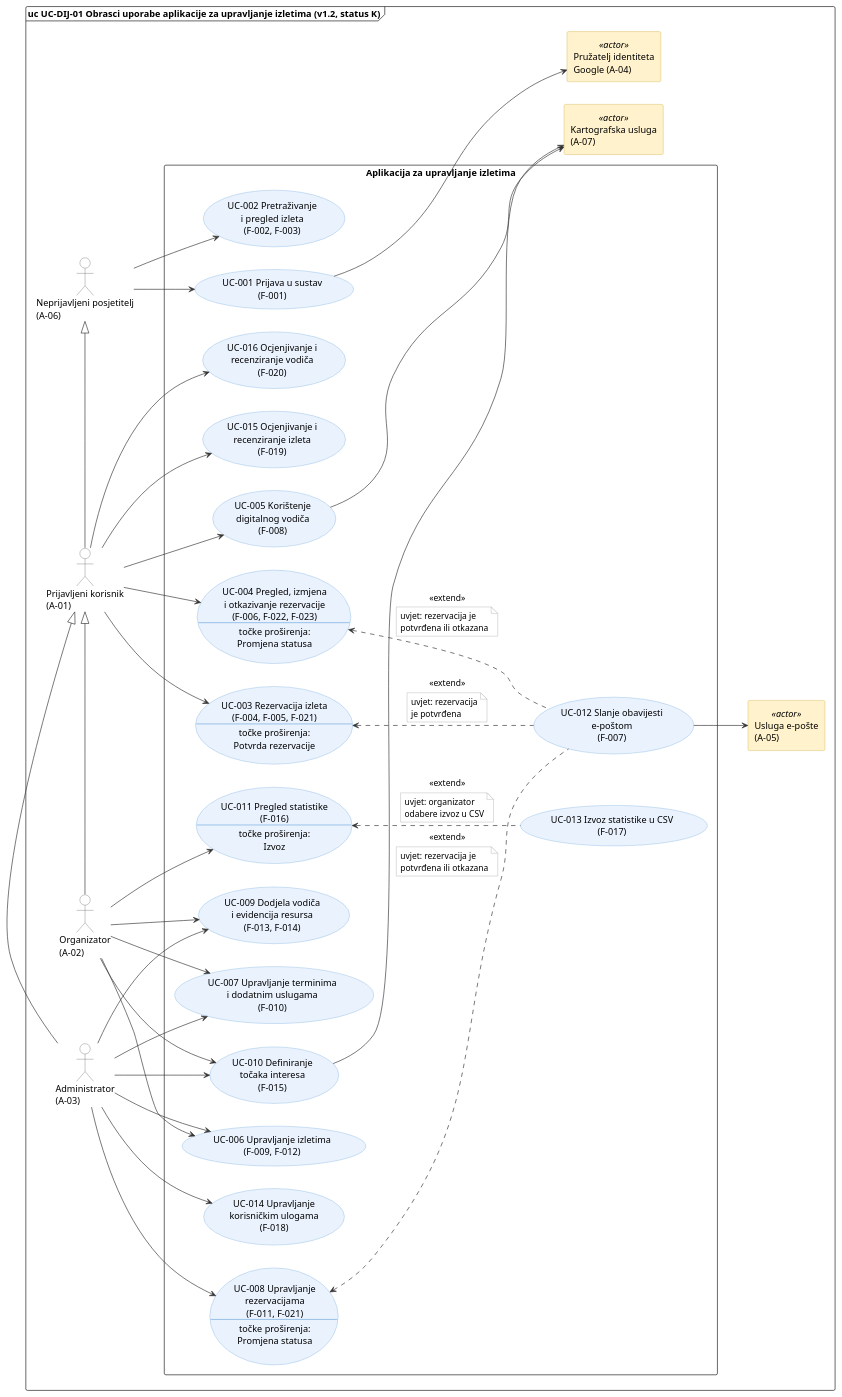
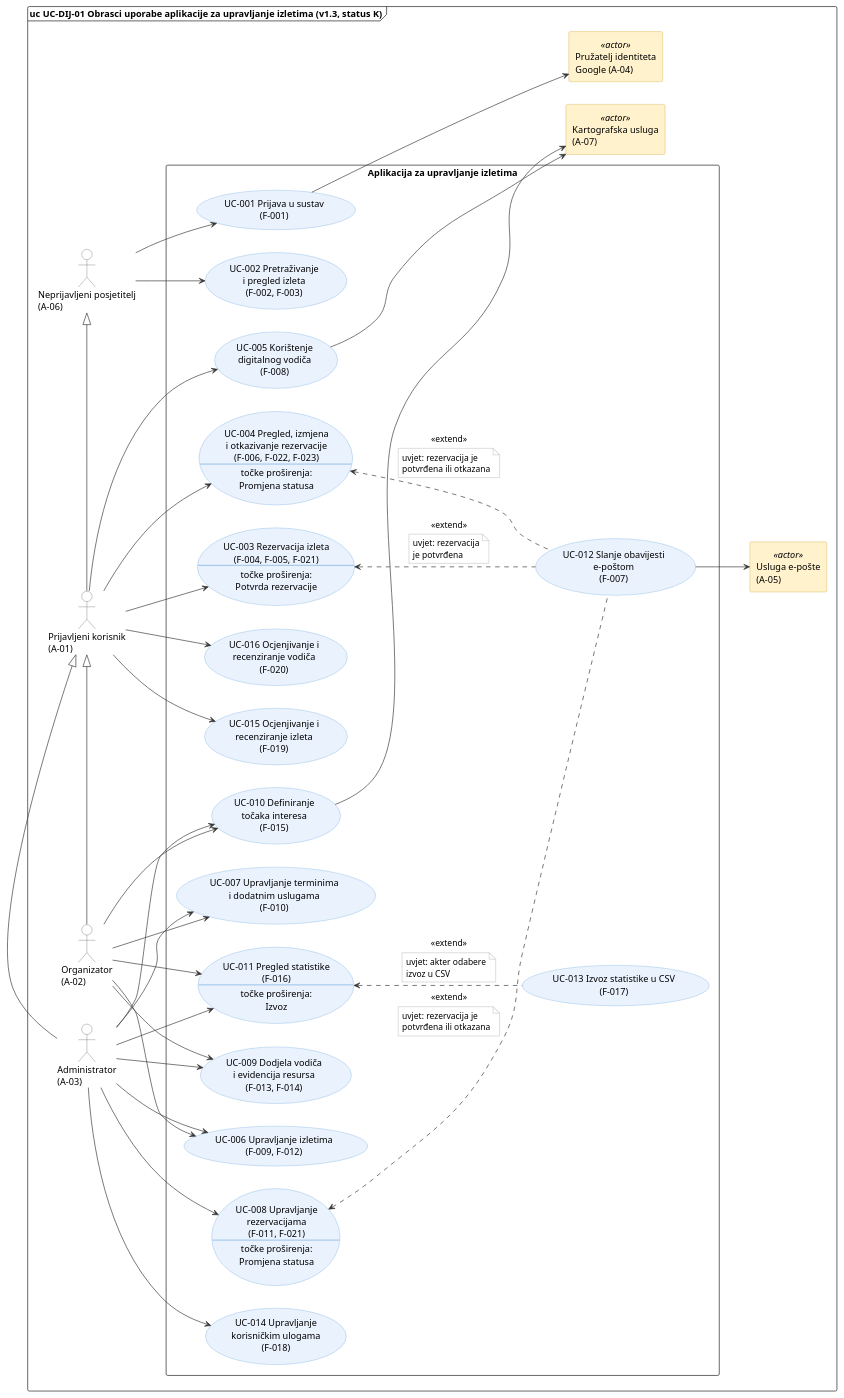
The diagram in docs/puml/3-1-sustav-UC.puml (ivan-domljanovic/proinz-G11-3), drawn with PlantUML before and after one commit.

Commit message:
Ispravljen dijagram zbog administratora i organizatora

```diff
--- a/docs/puml/3-1-sustav-UC.puml
+++ b/docs/puml/3-1-sustav-UC.puml
@@ -1,130 +1,131 @@
 @startuml 3-1-sustav-UC
 left to right direction
 skinparam shadowing false
 skinparam packageStyle rectangle
 skinparam ArrowColor #333333
 skinparam usecase {
   BackgroundColor #EAF2FD
   BorderColor #6FA8DC
 }
 skinparam actor {
   BackgroundColor #FFFFFF
   BorderColor #555555
 }
 skinparam rectangle<<actor>> {
   BackgroundColor #FFF2CC
   BorderColor #C9A227
 }
 skinparam note {
   BackgroundColor #FFFFFF
   BorderColor #999999
 }
 
-frame "uc UC-DIJ-01 Obrasci uporabe aplikacije za upravljanje izletima (v1.2, status K)" {
+frame "uc UC-DIJ-01 Obrasci uporabe aplikacije za upravljanje izletima (v1.3, status K)" {
 
 ' ===== Primarni akteri (lijevo) =====
 actor "Neprijavljeni posjetitelj\n(A-06)" as P
 actor "Prijavljeni korisnik\n(A-01)" as K
 actor "Organizator\n(A-02)" as O
 actor "Administrator\n(A-03)" as A
 
 ' ===== Granica sustava =====
 rectangle "Aplikacija za upravljanje izletima" {
   usecase "UC-001 Prijava u sustav\n(F-001)" as UC1
   usecase "UC-002 Pretraživanje\ni pregled izleta\n(F-002, F-003)" as UC2
   usecase UC3 as "UC-003 Rezervacija izleta
 (F-004, F-005, F-021)
 --
 točke proširenja:
 Potvrda rezervacije"
   usecase UC4 as "UC-004 Pregled, izmjena
 i otkazivanje rezervacije
 (F-006, F-022, F-023)
 --
 točke proširenja:
 Promjena statusa"
   usecase "UC-005 Korištenje\ndigitalnog vodiča\n(F-008)" as UC5
   usecase "UC-015 Ocjenjivanje i\nrecenziranje izleta\n(F-019)" as UC15
   usecase "UC-016 Ocjenjivanje i\nrecenziranje vodiča\n(F-020)" as UC16
   usecase "UC-006 Upravljanje izletima\n(F-009, F-012)" as UC6
   usecase "UC-007 Upravljanje terminima\ni dodatnim uslugama\n(F-010)" as UC7
   usecase "UC-009 Dodjela vodiča\ni evidencija resursa\n(F-013, F-014)" as UC9
   usecase "UC-010 Definiranje\ntočaka interesa\n(F-015)" as UC10
   usecase UC11 as "UC-011 Pregled statistike
 (F-016)
 --
 točke proširenja:
 Izvoz"
   usecase "UC-013 Izvoz statistike u CSV\n(F-017)" as UC13
   usecase UC8 as "UC-008 Upravljanje
 rezervacijama
 (F-011, F-021)
 --
 točke proširenja:
 Promjena statusa"
   usecase "UC-014 Upravljanje\nkorisničkim ulogama\n(F-018)" as UC14
   usecase "UC-012 Slanje obavijesti\ne-poštom\n(F-007)" as UC12
 }
 
 ' ===== Sekundarni akteri - vanjski sustavi (desno) =====
 rectangle "Pružatelj identiteta\nGoogle (A-04)" as G <<actor>>
 rectangle "Usluga e-pošte\n(A-05)" as E <<actor>>
 rectangle "Kartografska usluga\n(A-07)" as M <<actor>>
 
 ' ===== Poopćenje aktera =====
 K -|> P
 O -|> K
 A -|> K
 
 ' ===== Pridruživanje: primarni akteri (strelica = inicijator) =====
 P --> UC1
 P --> UC2
 
 K --> UC3
 K --> UC4
 K --> UC5
 K --> UC15
 K --> UC16
 
 O --> UC6
 O --> UC7
 O --> UC9
 O --> UC10
 O --> UC11
 
 A --> UC6
 A --> UC7
 A --> UC8
 A --> UC9
 A --> UC10
+A --> UC11
 A --> UC14
 
 ' ===== extend: proširenje -> osnovni =====
 UC3 <.. UC12 : <<extend>>
 note on link
   uvjet: rezervacija
   je potvrđena
 end note
 UC4 <.. UC12 : <<extend>>
 note on link
   uvjet: rezervacija je
   potvrđena ili otkazana
 end note
 UC8 <.. UC12 : <<extend>>
 note on link
   uvjet: rezervacija je
   potvrđena ili otkazana
 end note
 UC11 <.. UC13 : <<extend>>
 note on link
-  uvjet: organizator
-  odabere izvoz u CSV
+  uvjet: akter odabere
+  izvoz u CSV
 end note
 
 ' ===== Pridruživanje: sekundarni akteri =====
 UC1 --> G
 UC12 --> E
 UC5 --> M
 UC10 --> M
 }
 @enduml
```
